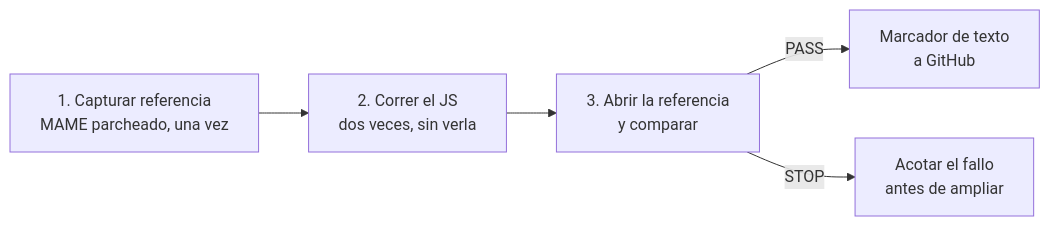
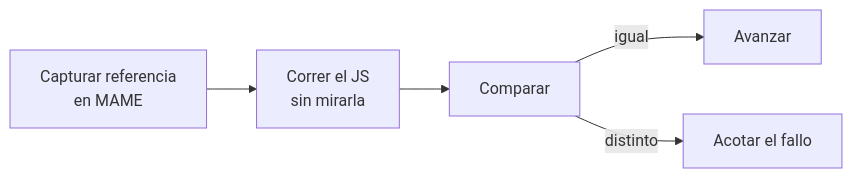
One commit to krukmat/gng-ghidra changed the second of 3 diagrams in README.md. Above: the diagram before and after it, drawn with Mermaid. The commit also changed other lines of this file and 5 other files, not shown here.

````diff
--- a/README.md
+++ b/README.md
@@ -232,7 +120,7 @@
 ```mermaid
 flowchart LR
-  A["1. Capturar referencia<br/>MAME parcheado, una vez"] --> B["2. Correr el JS<br/>dos veces, sin verla"]
-  B --> C["3. Abrir la referencia<br/>y comparar"]
-  C -->|PASS| D["Marcador de texto<br/>a GitHub"]
-  C -->|STOP| E["Acotar el fallo<br/>antes de ampliar"]
+  A["Capturar referencia<br/>en MAME"] --> B["Correr el JS<br/>sin mirarla"]
+  B --> C["Comparar"]
+  C -->|igual| D["Avanzar"]
+  C -->|distinto| E["Acotar el fallo"]
 ```
````
